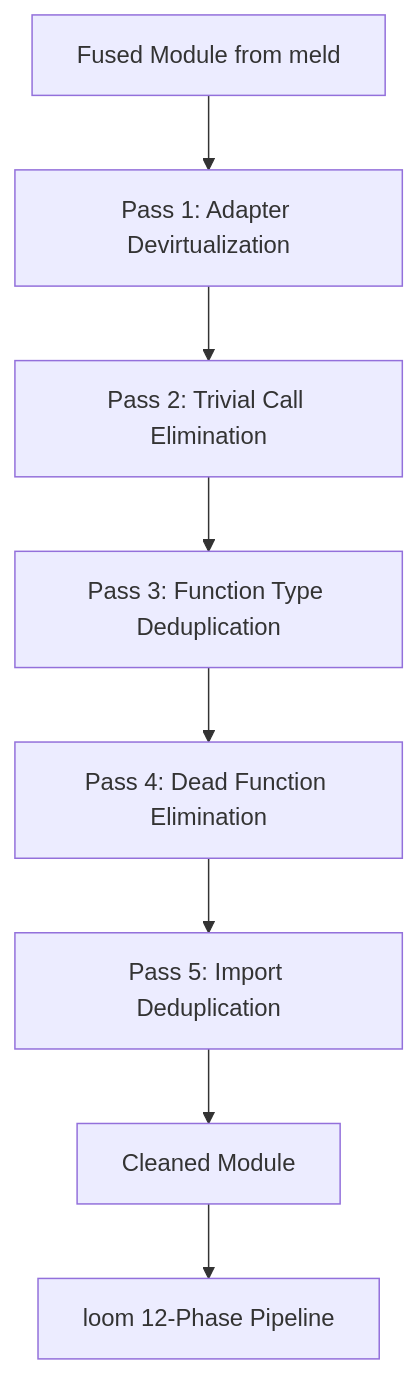
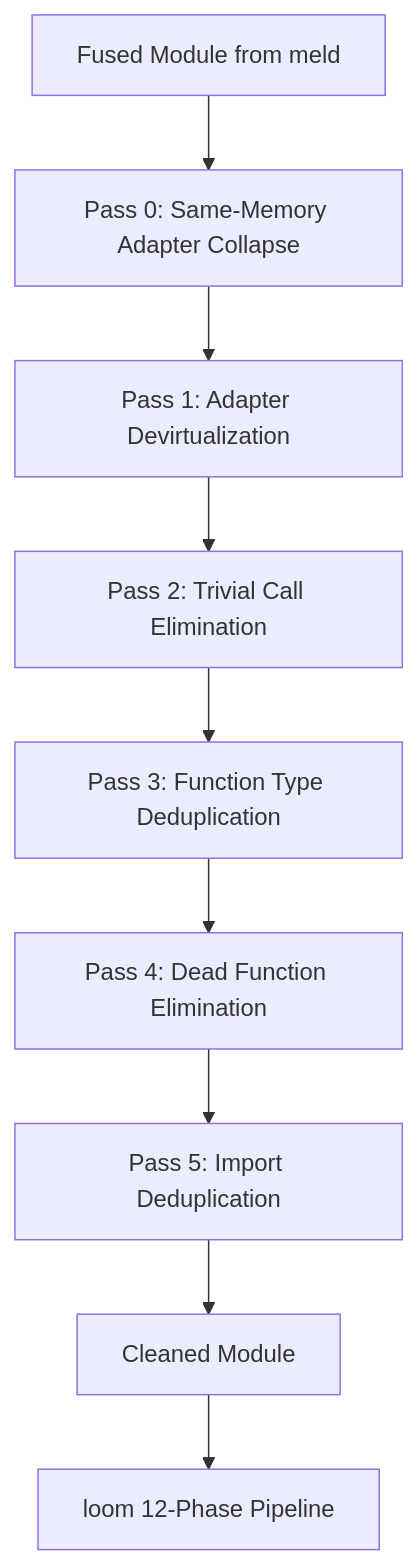
The fifth of 8 diagrams in docs/design/fused-component-optimization.md (pulseengine/loom), drawn with Mermaid before and after one commit. The commit also changed other lines of this file and 3 other files, not shown here.

First line of the commit message:
feat(fused): add Pass 0 same-memory adapter collapse for single-memory modules

````diff
--- a/docs/design/fused-component-optimization.md
+++ b/docs/design/fused-component-optimization.md
@@ -125,10 +126,11 @@
 ```mermaid
 flowchart TD
-    Input[Fused Module from meld] --> P1
+    Input[Fused Module from meld] --> P0
+    P0["Pass 0: Same-Memory Adapter Collapse"] --> P1
     P1["Pass 1: Adapter Devirtualization"] --> P2
     P2["Pass 2: Trivial Call Elimination"] --> P3
     P3["Pass 3: Function Type Deduplication"] --> P4
     P4["Pass 4: Dead Function Elimination"] --> P5
     P5["Pass 5: Import Deduplication"] --> Output
     Output[Cleaned Module] --> Standard["loom 12-Phase Pipeline"]
 ```
````
